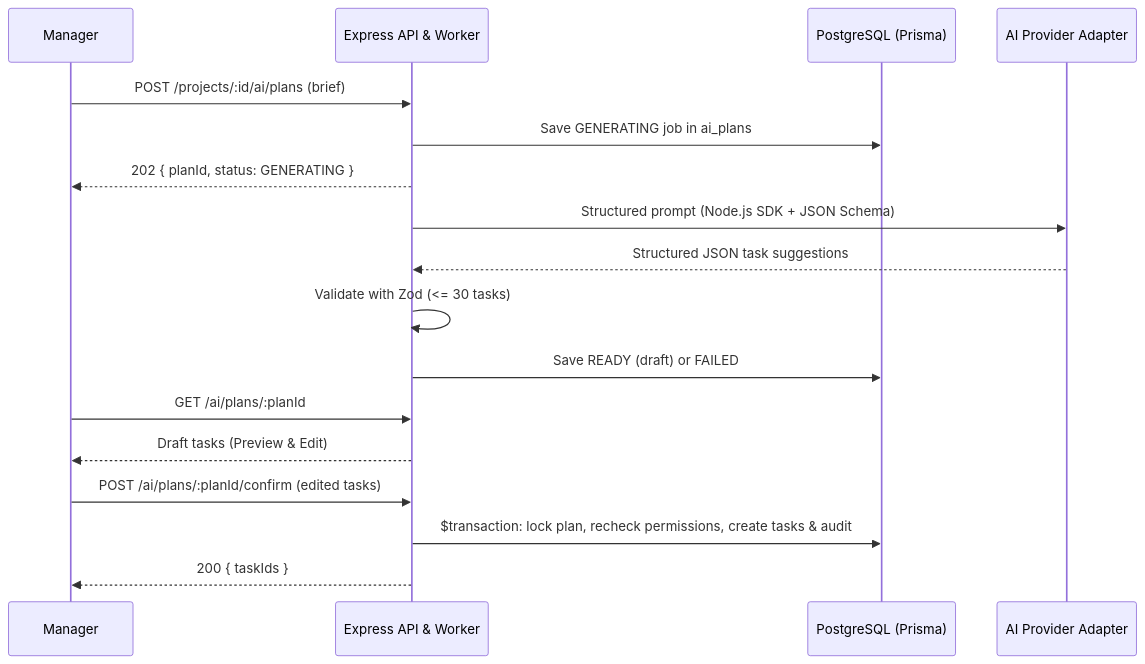
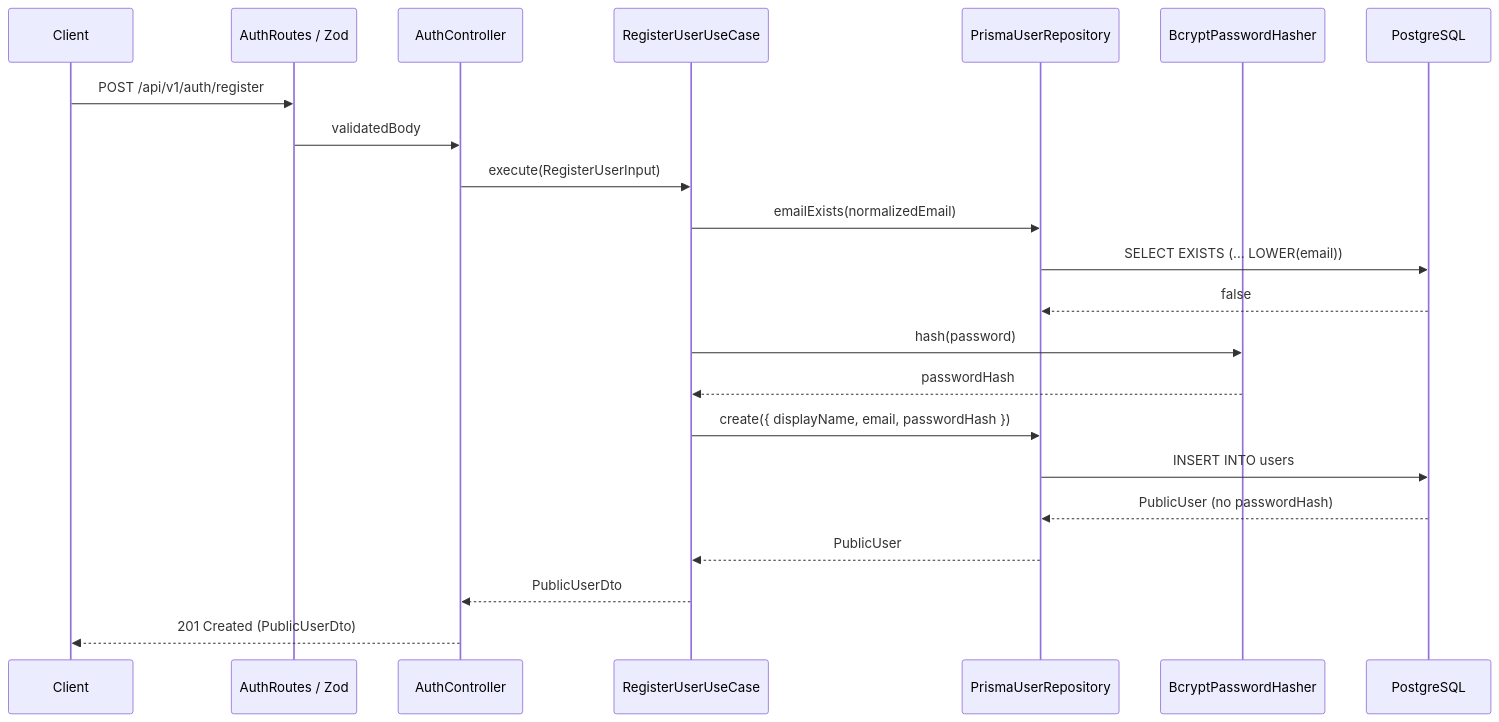
One commit to TrTinh34/flowpilot-ai changed the sixth of 12 diagrams in docs/04-System-Design.md. Above: the diagram before and after it, drawn with Mermaid. The commit also changed other lines of this file and 72 other files, not shown here.

Commit message:
refactor(architecture): migrate backend to feature-based clean architecture

````diff
--- a/docs/04-System-Design.md
+++ b/docs/04-System-Design.md
@@ -80,19 +152,25 @@
 ```mermaid
 sequenceDiagram
- participant U as Manager
- participant B as Express API & Worker
- participant D as PostgreSQL (Prisma)
- participant A as AI Provider Adapter
- U->>B: POST /projects/:id/ai/plans (brief)
- B->>D: Save GENERATING job in ai_plans
- B-->>U: 202 { planId, status: GENERATING }
- B->>A: Structured prompt (Node.js SDK + JSON Schema)
- A-->>B: Structured JSON task suggestions
- B->>B: Validate with Zod (<= 30 tasks)
- B->>D: Save READY (draft) or FAILED
- U->>B: GET /ai/plans/:planId
- B-->>U: Draft tasks (Preview & Edit)
- U->>B: POST /ai/plans/:planId/confirm (edited tasks)
- B->>D: $transaction: lock plan, recheck permissions, create tasks & audit
- B-->>U: 200 { taskIds }
+  participant C as Client
+  participant R as AuthRoutes / Zod
+  participant CTL as AuthController
+  participant UC as RegisterUserUseCase
+  participant REPO as PrismaUserRepository
+  participant HASH as BcryptPasswordHasher
+  participant DB as PostgreSQL
+
+  C->>R: POST /api/v1/auth/register
+  R->>CTL: validatedBody
+  CTL->>UC: execute(RegisterUserInput)
+  UC->>REPO: emailExists(normalizedEmail)
+  REPO->>DB: SELECT EXISTS (... LOWER(email))
+  DB-->>REPO: false
+  UC->>HASH: hash(password)
+  HASH-->>UC: passwordHash
+  UC->>REPO: create({ displayName, email, passwordHash })
+  REPO->>DB: INSERT INTO users
+  DB-->>REPO: PublicUser (no passwordHash)
+  REPO-->>UC: PublicUser
+  UC-->>CTL: PublicUserDto
+  CTL-->>C: 201 Created (PublicUserDto)
 ```
````
